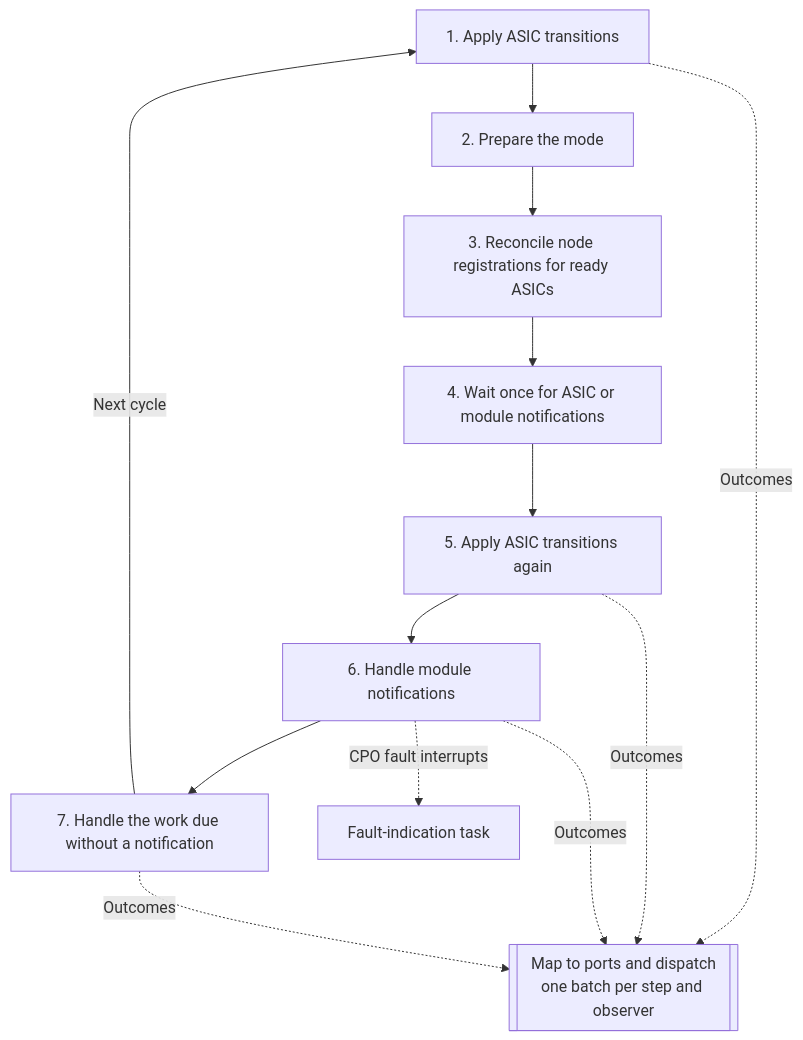
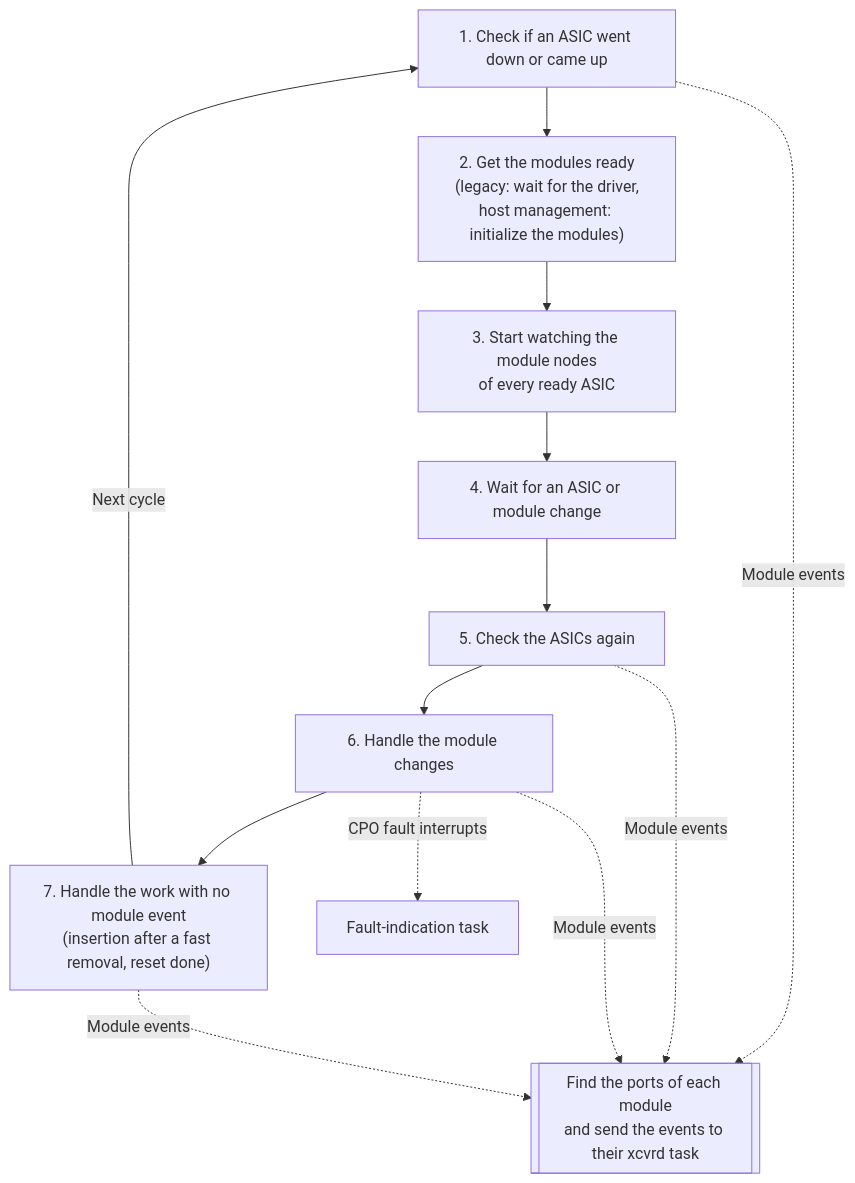
Before and after one commit to sonic-net/SONiC: the third of 7 diagrams in doc/module-change-event-refactor/module-change-event-refactor-hld.md, drawn with Mermaid. The commit also changed other lines of this file, not shown here.

Commit message:
doc: Name the polling stages in plain English
Rename the nodes of the polling stages chart and their step titles so that
they say what happens, for example 'Check if an ASIC went down or came up'
instead of 'Apply ASIC transitions', and 'Handle the work with no module
event' instead of 'Handle the work due without a notification'.

````diff
--- a/doc/module-change-event-refactor/module-change-event-refactor-hld.md
+++ b/doc/module-change-event-refactor/module-change-event-refactor-hld.md
@@ -149,15 +150,15 @@
 ```mermaid
 flowchart TB
-    asic1["1. Apply ASIC transitions"] --> mode["2. Prepare the mode"]
-    mode --> register["3. Reconcile node registrations for ready ASICs"]
-    register --> poll["4. Wait once for ASIC or module notifications"]
-    poll --> asic2["5. Apply ASIC transitions again"]
-    asic2 --> handle["6. Handle module notifications"]
-    handle --> due["7. Handle the work due without a notification"]
+    asic1["1. Check if an ASIC went down or came up"] --> mode["2. Get the modules ready<br/>(legacy: wait for the driver,<br/>host management: initialize the modules)"]
+    mode --> register["3. Start watching the module nodes<br/>of every ready ASIC"]
+    register --> poll["4. Wait for an ASIC or module change"]
+    poll --> asic2["5. Check the ASICs again"]
+    asic2 --> handle["6. Handle the module changes"]
+    handle --> due["7. Handle the work with no module event<br/>(insertion after a fast removal, reset done)"]
     due -->|Next cycle| asic1
-    asic1 -.->|Outcomes| dispatch[["Map to ports and dispatch<br/>one batch per step and observer"]]
-    asic2 -.->|Outcomes| dispatch
-    handle -.->|Outcomes| dispatch
-    due -.->|Outcomes| dispatch
+    asic1 -.->|Module events| dispatch[["Find the ports of each module<br/>and send the events to their xcvrd task"]]
+    asic2 -.->|Module events| dispatch
+    handle -.->|Module events| dispatch
+    due -.->|Module events| dispatch
     handle -.->|CPO fault interrupts| fit["Fault-indication task"]
 ```
````
